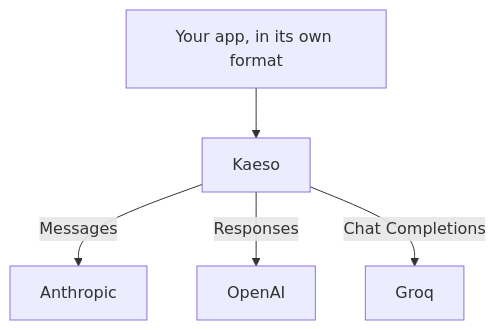
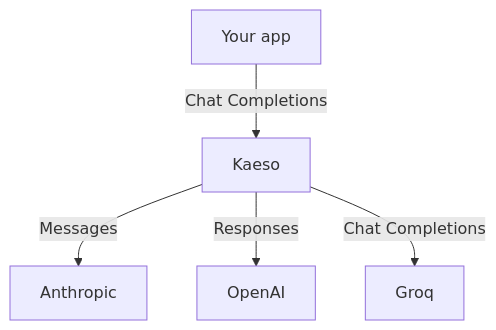
Before and after one commit to logicplanes/kaeso: the diagram in apps/docs/content/en/concepts/providers.md, drawn with Mermaid. The commit also changed 59 other files, not shown here.

First line of the commit message:
Redraw the introduction's and concept pages' diagrams so each tells its story at a glance

````diff
--- a/apps/docs/content/en/concepts/providers.md
+++ b/apps/docs/content/en/concepts/providers.md
@@ -53,9 +53,9 @@
 ```mermaid
 flowchart TD
   accTitle: One app, many providers
-  accDescr: An app sends every request in its own format. Kaeso translates each one into the format of the model's provider, for example Messages for Anthropic, Responses for OpenAI and Chat Completions for Groq.
-  app[Your app, in its own format] --> kaeso[Kaeso]
-  kaeso -- Messages --> anthropic[Anthropic]
-  kaeso -- Responses --> openai[OpenAI]
-  kaeso -- Chat Completions --> groq[Groq]
+  accDescr: Your app sends every request as Chat Completions. Kaeso translates each one into the format of the model's provider, such as Messages for Anthropic, Responses for OpenAI and Chat Completions for Groq.
+  app[Your app]:::outside -- Chat Completions --> kaeso[Kaeso]:::accent
+  kaeso -- Messages --> anthropic[Anthropic]:::outside
+  kaeso -- Responses --> openai[OpenAI]:::outside
+  kaeso -- Chat Completions --> groq[Groq]:::outside
 ```
````
